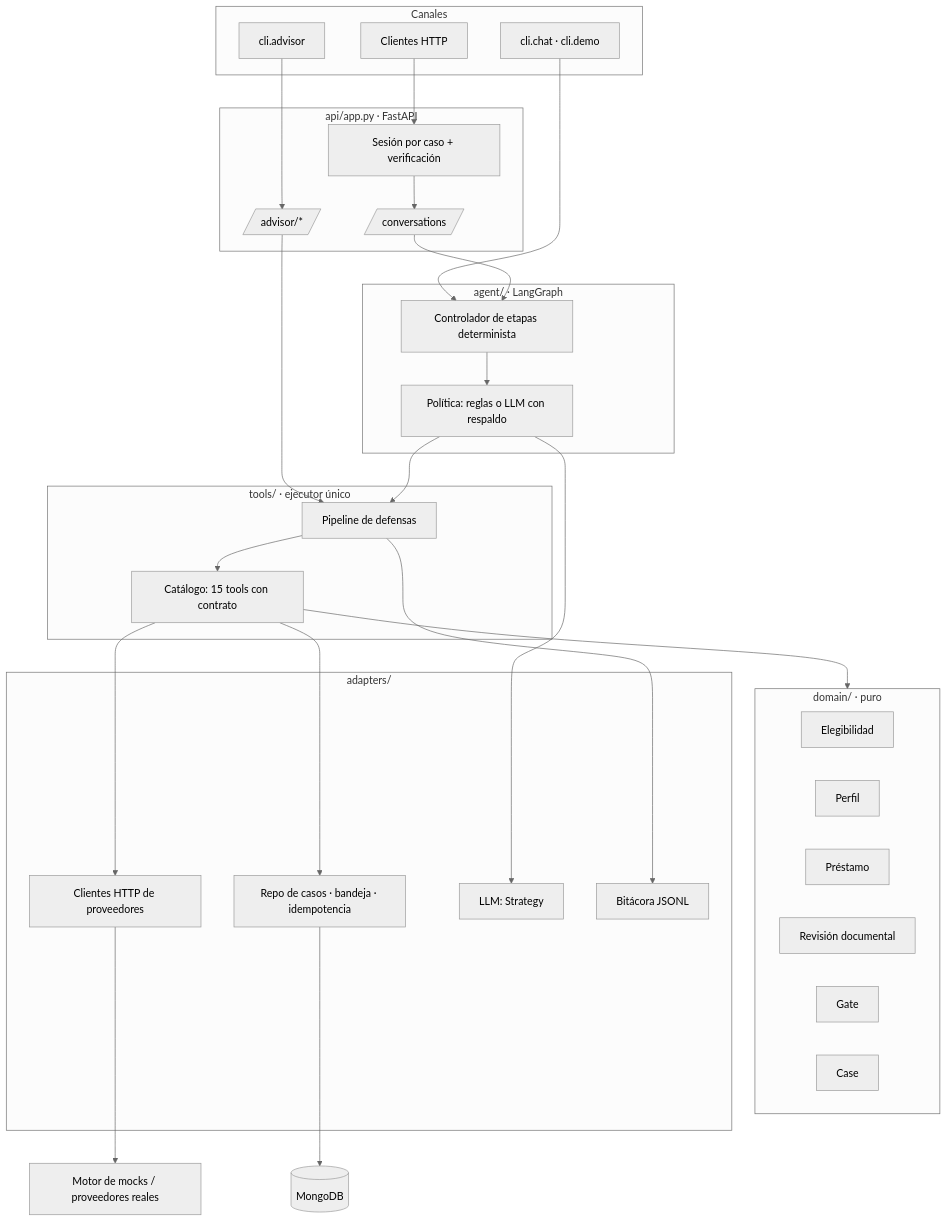
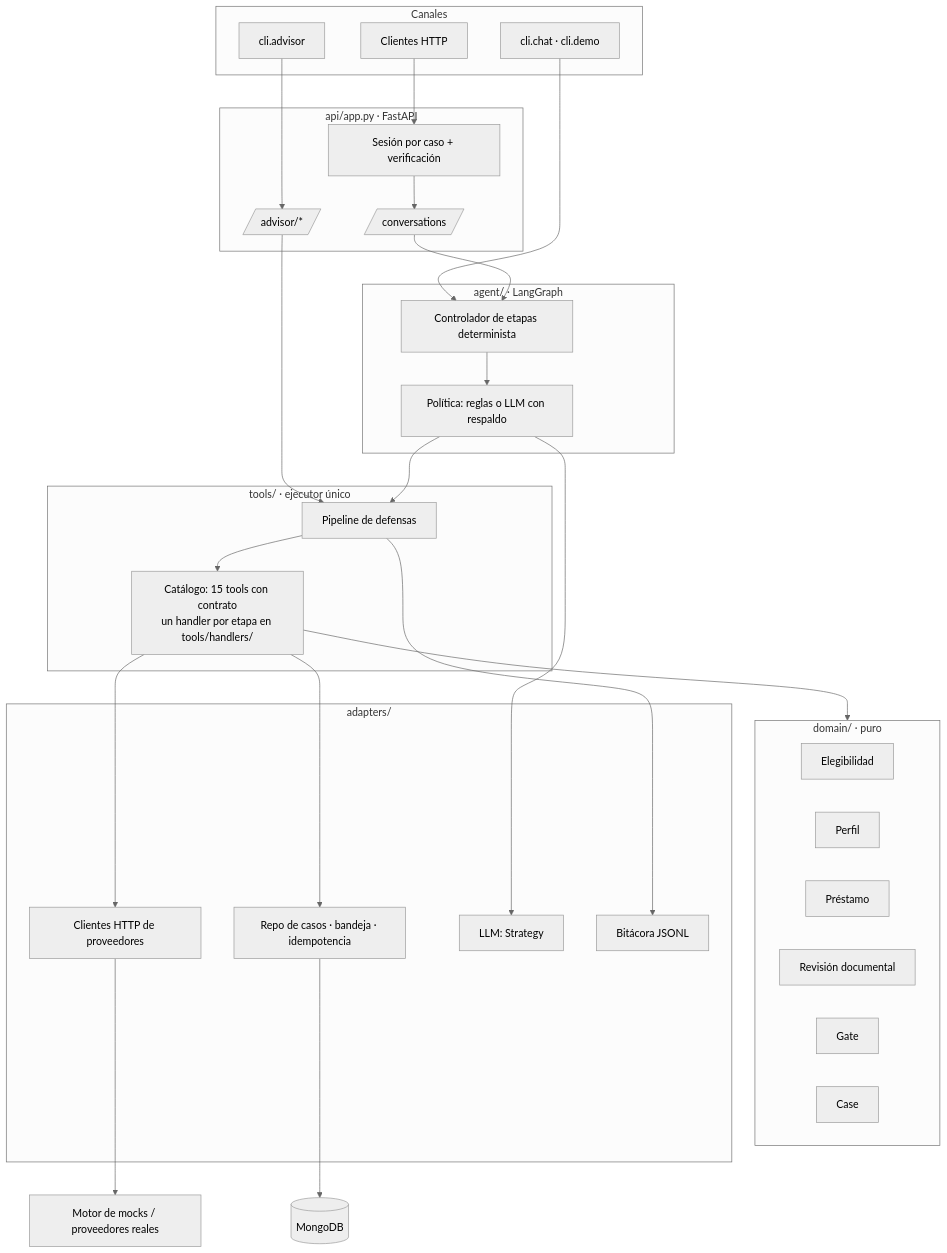
One commit to jocs1989/factoryIA changed the second of 8 diagrams in docs/architecture/C4.md. Above: the diagram before and after it, drawn with Mermaid (neutral theme). The commit also changed other lines of this file, not shown here.

Commit message:
docs(c4): agregar el camino de una petición por las capas de operación y seguridad

````diff
--- a/docs/architecture/C4.md
+++ b/docs/architecture/C4.md
@@ -27,41 +27,41 @@
 ```mermaid
 flowchart TB
   subgraph Canales
     CLI[cli.chat · cli.demo]
     ADV[cli.advisor]
     HTTP[Clientes HTTP]
   end
   subgraph API[api/app.py · FastAPI]
     SES[Sesión por caso + verificación]
     CON[/conversations/]
     ADM[/advisor/*/]
   end
   subgraph AG[agent/ · LangGraph]
     GR[Controlador de etapas determinista]
     POL[Política: reglas o LLM con respaldo]
   end
   subgraph TL[tools/ · ejecutor único]
     EX[Pipeline de defensas]
-    CAT[Catálogo: 15 tools con contrato]
+    CAT[Catálogo: 15 tools con contrato<br/>un handler por etapa en tools/handlers/]
   end
   subgraph DOM[domain/ · puro]
     D1[Elegibilidad]; D2[Perfil]; D3[Préstamo]; D4[Revisión documental]; D5[Gate]; D6[Case]
   end
   subgraph AD[adapters/]
     P[Clientes HTTP de proveedores]
     R[Repo de casos · bandeja · idempotencia]
     L[LLM: Strategy]
     AU[Bitácora JSONL]
   end
   CLI --> GR
   HTTP --> SES --> CON --> GR
   ADV --> ADM --> EX
   GR --> POL --> EX
   EX --> CAT --> DOM
   CAT --> P
   CAT --> R
   POL --> L
   EX --> AU
   R --> DB[(MongoDB)]
   P --> MK[Motor de mocks / proveedores reales]
 ```
````
